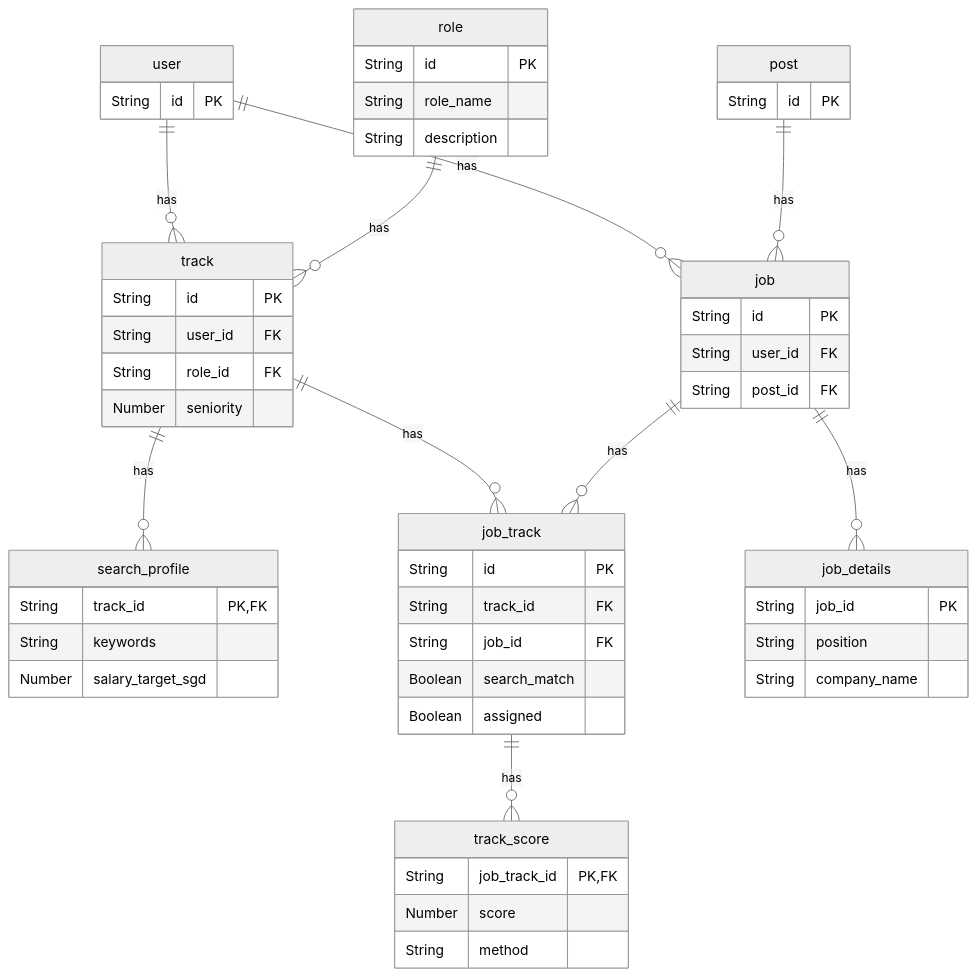
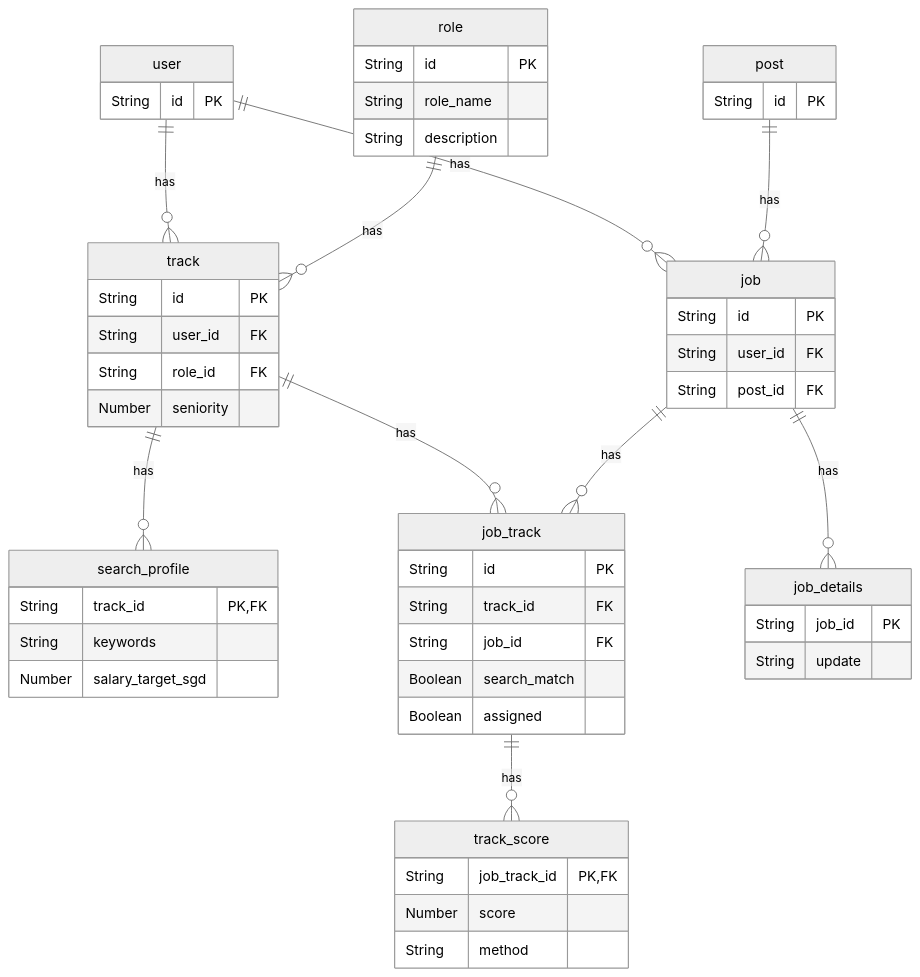
The third of 4 diagrams in docs/data_model.md (yayfalafels/mcfpipe), drawn with Mermaid (neutral theme) before and after one commit. The commit also changed other lines of this file and 6 other files, not shown here.

Commit message:
gsi db schema update

````diff
--- a/docs/data_model.md
+++ b/docs/data_model.md
@@ -193,65 +200,64 @@
 ```mermaid
 erDiagram
     post {
         String id PK
     }
 
     user {
         String id PK
     }
 
     role {
         String id PK
         String role_name
         String description
     }
 
     track {
         String id PK
         String user_id FK
         String role_id FK
         Number seniority
     }
 
     search_profile {
         String track_id PK, FK
         String keywords
         Number salary_target_sgd
     }
 
     job_track {
         String id PK
         String track_id FK
         String job_id FK
         Boolean search_match
         Boolean assigned
     }
 
     job {
         String id PK
         String user_id FK
         String post_id FK
     }
 
     job_details {
         String job_id PK
-        String position
-        String company_name
+        String update
     }
 
     track_score {
         String job_track_id PK, FK
         Number score
         String method
     }
 
     user ||--o{ track : has
     role ||--o{ track : has
     user ||--o{ job : has
     post ||--o{ job : has
     track ||--o{ search_profile : has
     track ||--o{ job_track : has
     job ||--o{ job_track : has
     job_track ||--o{ track_score : has
     job ||--o{ job_details : has
 ```
````
